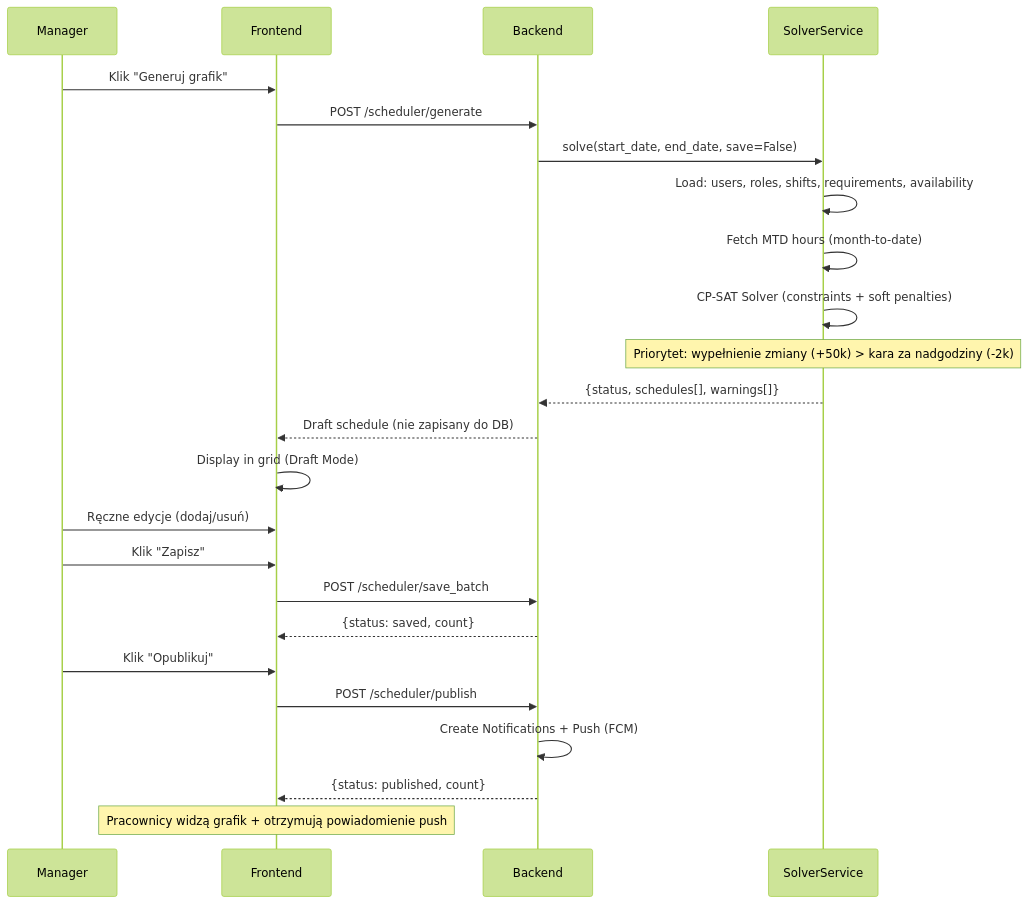
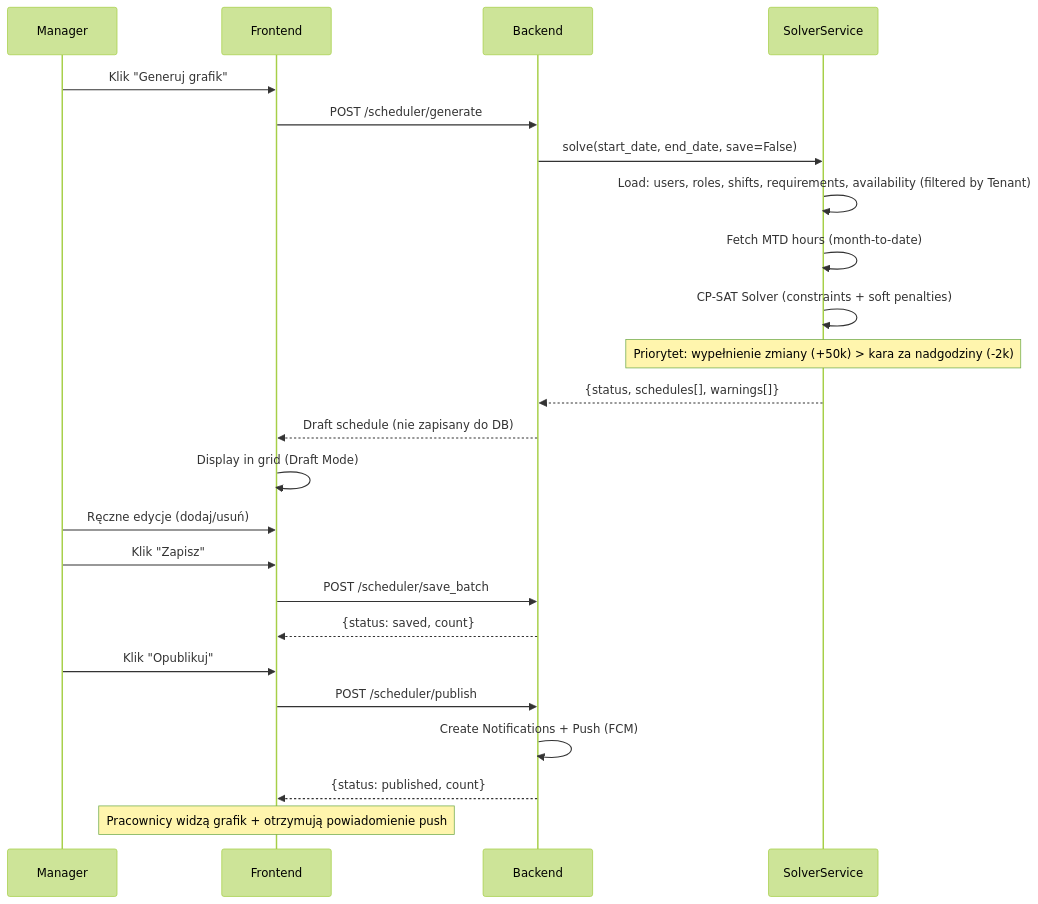
The third of 5 diagrams in ARCHITECTURE.md (mwieclawek/PlannerV2), drawn with Mermaid (forest theme) before and after one commit. The commit also changed other lines of this file, not shown here.

Commit message:
docs: update ARCHITECTURE.md with multi-tenant schema and superadmin

````diff
--- a/ARCHITECTURE.md
+++ b/ARCHITECTURE.md
@@ -291,27 +343,27 @@
 ```mermaid
 sequenceDiagram
     participant M as Manager
     participant F as Frontend
     participant B as Backend
     participant S as SolverService
 
     M->>F: Klik "Generuj grafik"
     F->>B: POST /scheduler/generate
     B->>S: solve(start_date, end_date, save=False)
-    S->>S: Load: users, roles, shifts, requirements, availability
+    S->>S: Load: users, roles, shifts, requirements, availability (filtered by Tenant)
     S->>S: Fetch MTD hours (month-to-date)
     S->>S: CP-SAT Solver (constraints + soft penalties)
     Note over S: Priorytet: wypełnienie zmiany (+50k) > kara za nadgodziny (-2k)
     S-->>B: {status, schedules[], warnings[]}
     B-->>F: Draft schedule (nie zapisany do DB)
     F->>F: Display in grid (Draft Mode)
     M->>F: Ręczne edycje (dodaj/usuń)
     M->>F: Klik "Zapisz"
     F->>B: POST /scheduler/save_batch
     B-->>F: {status: saved, count}
     M->>F: Klik "Opublikuj"
     F->>B: POST /scheduler/publish
     B->>B: Create Notifications + Push (FCM)
     B-->>F: {status: published, count}
     Note over F: Pracownicy widzą grafik + otrzymują powiadomienie push
 ```
````
